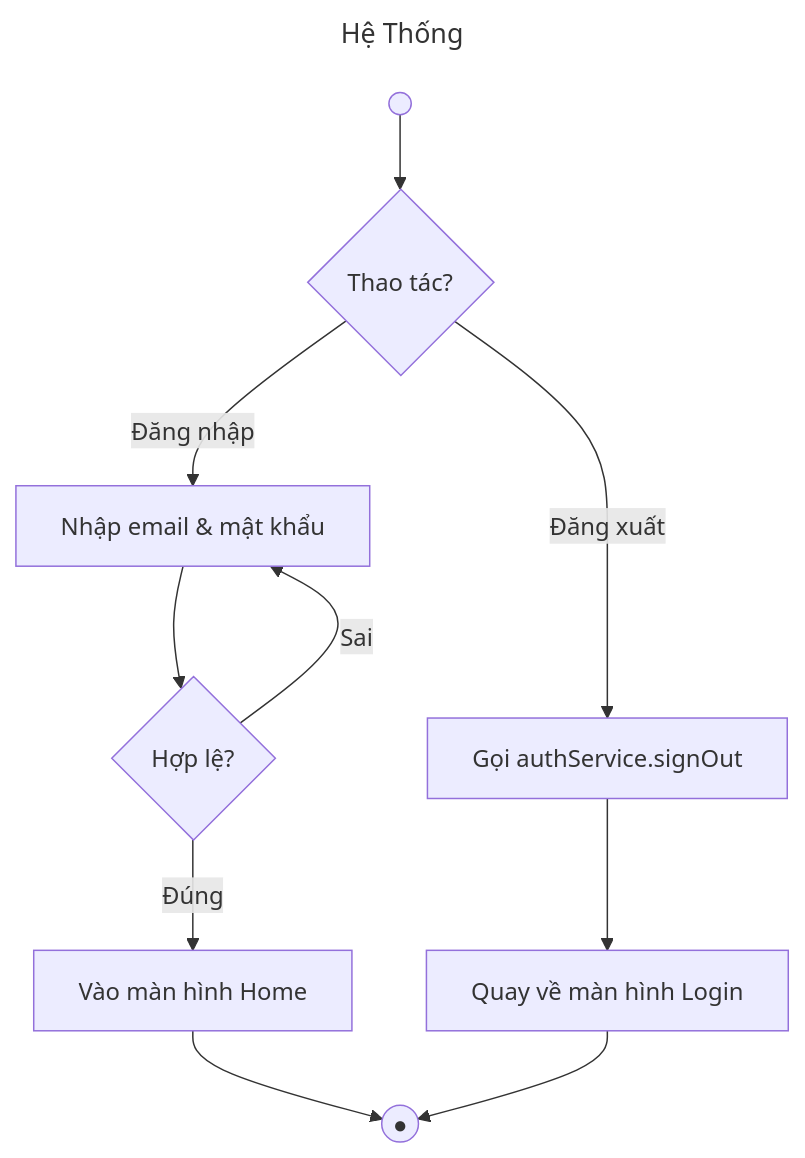
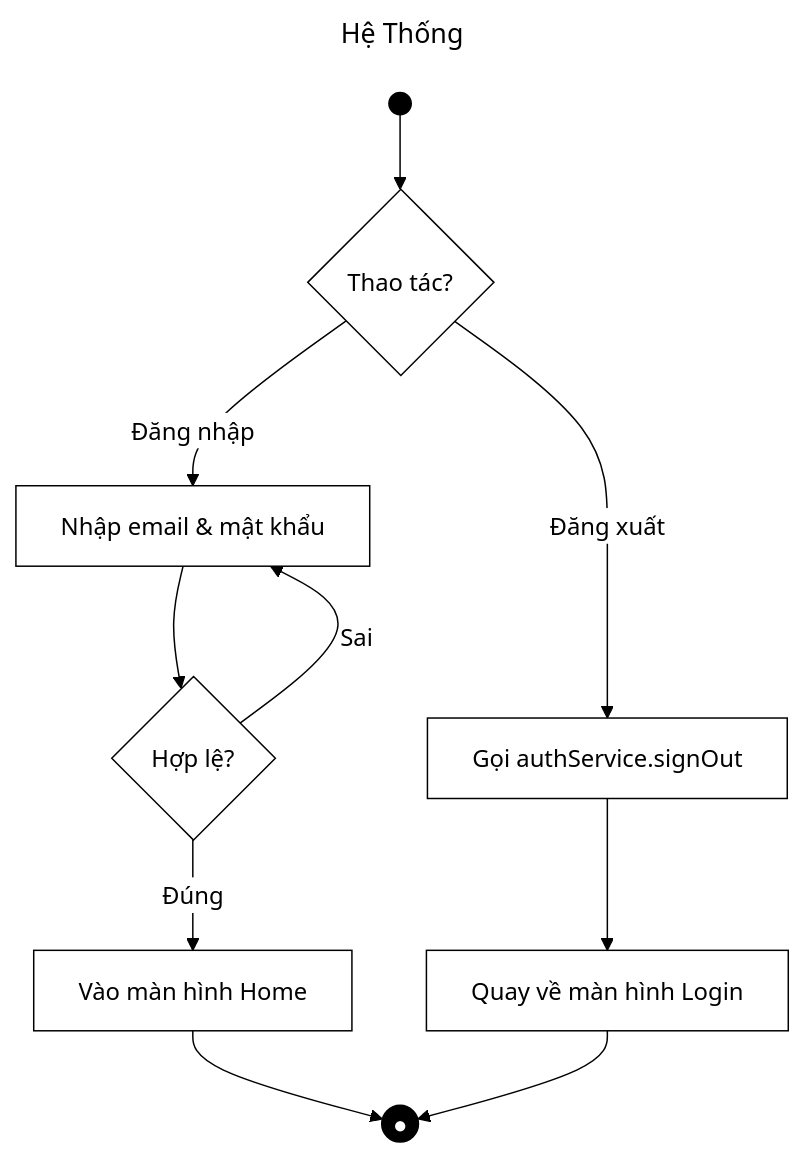
One commit to Babiboyy55/TaskHeroPKA changed the ninth of 22 diagrams in Activity_Diagrams.md. Above: the diagram before and after it, drawn with Mermaid. The commit also changed other lines of this file, not shown here.

````diff
--- a/Activity_Diagrams.md
+++ b/Activity_Diagrams.md
@@ -152,14 +176,17 @@
 ```mermaid
 ---
 title: Hệ Thống
 ---
+%%{init: {'theme':'base', 'themeVariables': {'primaryColor':'#ffffff', 'primaryBorderColor':'#000000', 'primaryTextColor':'#000000', 'lineColor':'#000000', 'edgeLabelBackground':'#ffffff', 'tertiaryColor':'#ffffff'}}}%%
 flowchart TD
-    S(( )) --> D0{Thao tác?}
+    classDef default fill:#ffffff,stroke:#000000,stroke-width:1px,color:#000000;
+    classDef blackNode fill:#000000,stroke:#000000,stroke-width:1px,color:#ffffff;
+    S(( )):::blackNode --> D0{Thao tác?}
     D0 -- Đăng nhập --> A[Nhập email & mật khẩu]
     A --> D1{Hợp lệ?}
     D1 -- Sai --> A
     D1 -- Đúng --> B[Vào màn hình Home]
     D0 -- Đăng xuất --> C[Gọi authService.signOut]
     C --> D[Quay về màn hình Login]
-    B & D --> Z((●))
+    B & D --> Z((●)):::blackNode
 ```
````
